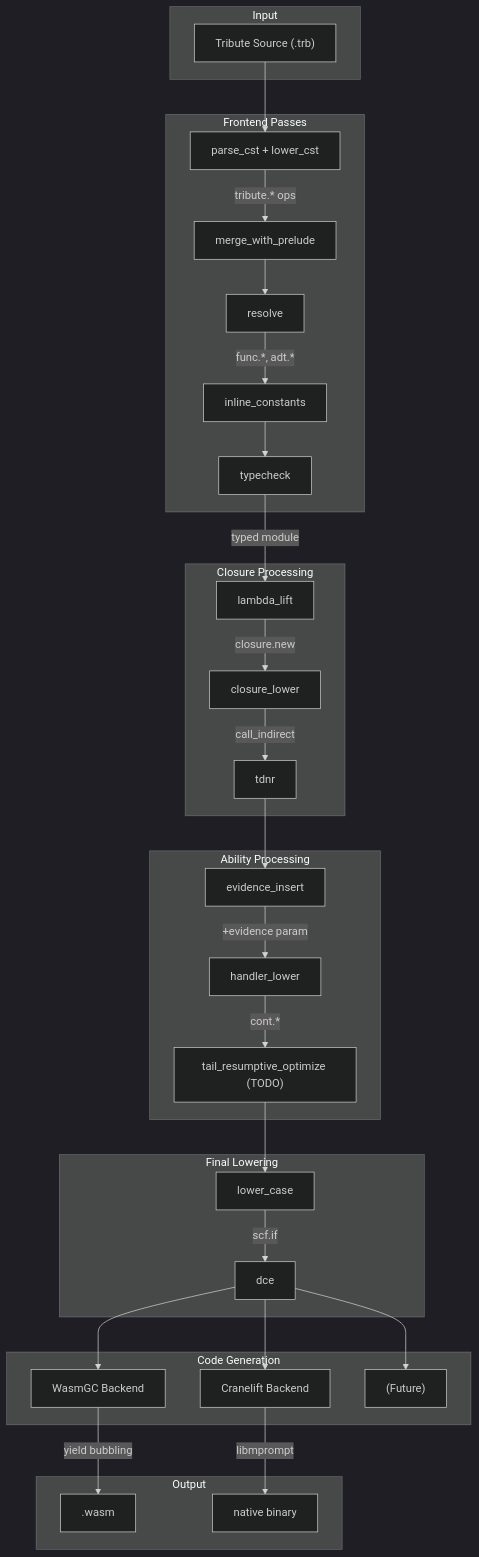
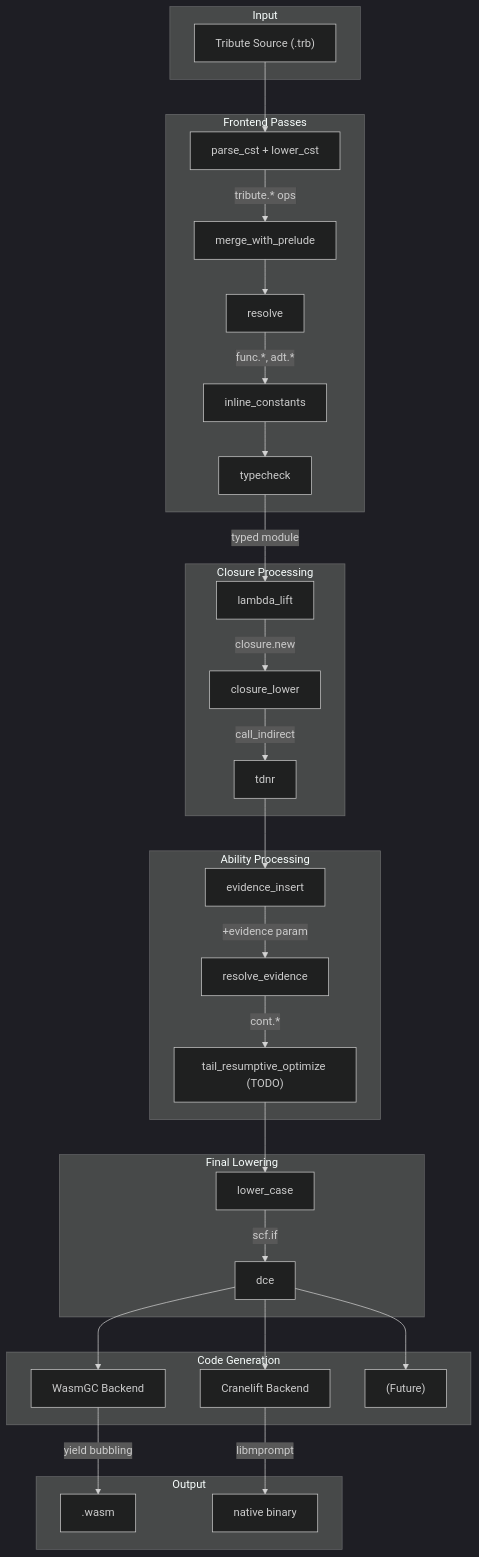
One commit to Kroisse/tribute changed the diagram in new-plans/implementation.md. Above: the diagram before and after it, drawn with Mermaid (dark theme). The commit also changed other lines of this file and 5 other files, not shown here.

````diff
--- a/new-plans/implementation.md
+++ b/new-plans/implementation.md
@@ -475,59 +475,59 @@
 ```mermaid
 flowchart TB
     subgraph input["Input"]
         source["Tribute Source (.trb)"]
     end
 
     subgraph frontend["Frontend Passes"]
         parse["parse_cst + lower_cst"]
         prelude["merge_with_prelude"]
         resolve["resolve"]
         const_inline["inline_constants"]
         typecheck["typecheck"]
     end
 
     subgraph closure["Closure Processing"]
         lambda_lift["lambda_lift"]
         closure_lower["closure_lower"]
         tdnr["tdnr"]
     end
 
     subgraph ability["Ability Processing"]
         evidence["evidence_insert"]
-        handler["handler_lower"]
+        resolve_ev["resolve_evidence"]
         tail_opt["tail_resumptive_optimize (TODO)"]
     end
 
     subgraph lowering["Final Lowering"]
         lower_case["lower_case"]
         dce["dce"]
     end
 
     subgraph backends["Code Generation"]
         wasm["WasmGC Backend"]
         cranelift["Cranelift Backend"]
         future["(Future)"]
     end
 
     subgraph output["Output"]
         wasm_bin[".wasm"]
         native["native binary"]
     end
 
     source --> parse
     parse -->|"tribute.* ops"| prelude
     prelude --> resolve
     resolve -->|"func.*, adt.*"| const_inline
     const_inline --> typecheck
     typecheck -->|"typed module"| lambda_lift
     lambda_lift -->|"closure.new"| closure_lower
     closure_lower -->|"call_indirect"| tdnr
     tdnr --> evidence
-    evidence -->|"+evidence param"| handler
-    handler -->|"cont.*"| tail_opt
+    evidence -->|"+evidence param"| resolve_ev
+    resolve_ev -->|"cont.*"| tail_opt
     tail_opt --> lower_case
     lower_case -->|"scf.if"| dce
     dce --> wasm & cranelift & future
     wasm -->|"yield bubbling"| wasm_bin
     cranelift -->|"libmprompt"| native
 ```
````
